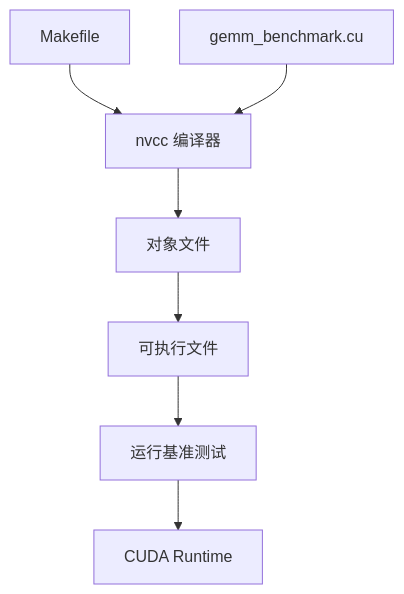
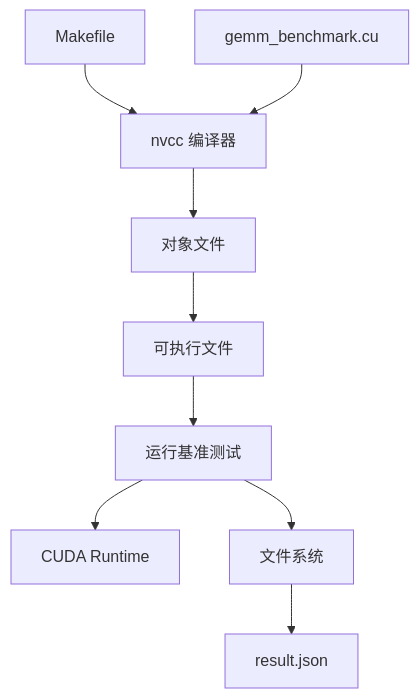
Before and after one commit to Bitllion/gemm_benchmark: the sixth of 6 diagrams in .qoder/repowiki/zh/content/技术实现/技术实现.md, drawn with Mermaid. The commit also changed other lines of this file and 5 other files, not shown here.

````diff
--- a/.qoder/repowiki/zh/content/技术实现/技术实现.md
+++ b/.qoder/repowiki/zh/content/技术实现/技术实现.md
@@ -186,9 +233,11 @@
 ```mermaid
 graph TB
 M["Makefile"] --> NVC["nvcc 编译器"]
 NVC --> OBJ["对象文件"]
 OBJ --> BIN["可执行文件"]
 SRC["gemm_benchmark.cu"] --> NVC
 BIN --> RUN["运行基准测试"]
 RUN --> CUDA["CUDA Runtime"]
+RUN --> FS["文件系统"]
+FS --> JSON["result.json"]
 ```
````
